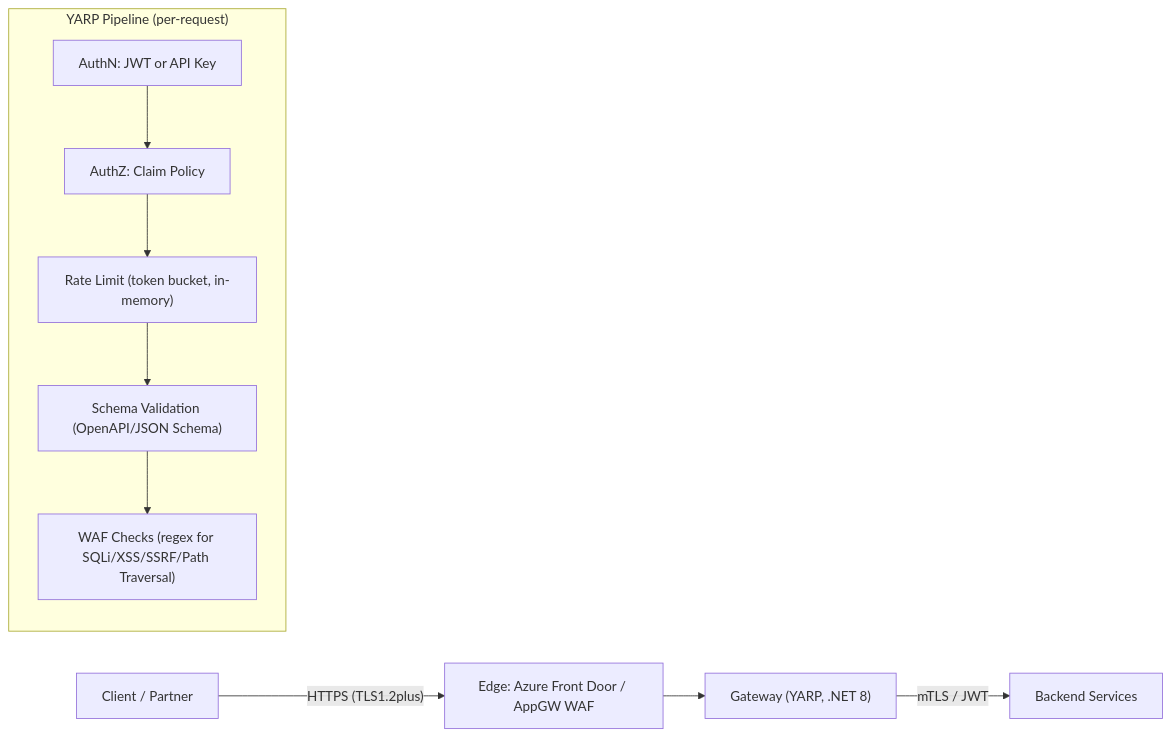
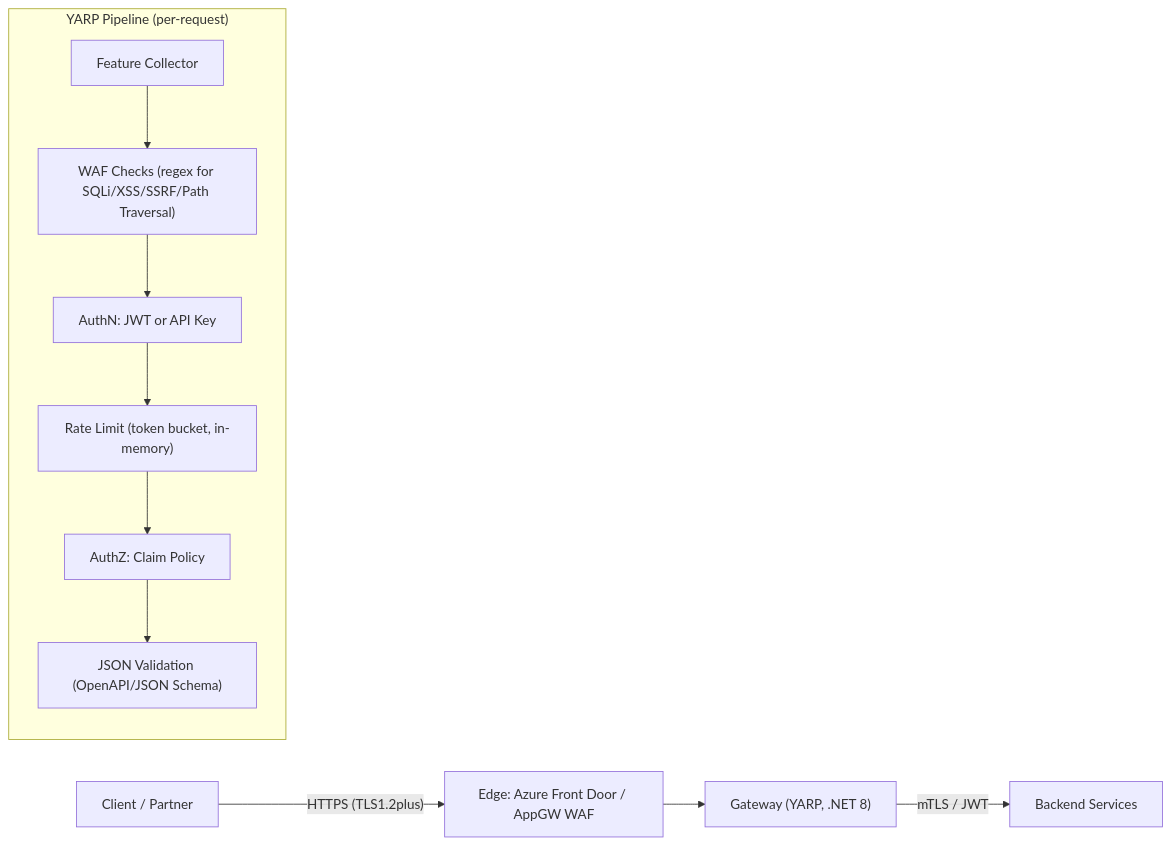
One commit to MatteoRigoni/aegisapi changed the first of 4 diagrams in docs/arch-overview.md. Above: the diagram before and after it, drawn with Mermaid. The commit also changed other lines of this file, not shown here.

Commit message:
docs: update pipeline order

````diff
--- a/docs/arch-overview.md
+++ b/docs/arch-overview.md
@@ -7,12 +7,13 @@
 ```mermaid
 flowchart LR
     Client["Client / Partner"] -->|"HTTPS (TLS1.2plus)"| E["Edge: Azure Front Door / AppGW WAF"]
     E --> G["Gateway (YARP, .NET 8)"]
     subgraph "YARP Pipeline (per-request)"
-      A1["AuthN: JWT or API Key"] --> A2["AuthZ: Claim Policy"]
-      A2 --> A3["Rate Limit (token bucket, in-memory)"]
-      A3 --> A4["Schema Validation (OpenAPI/JSON Schema)"]
-      A4 --> A5["WAF Checks (regex for SQLi/XSS/SSRF/Path Traversal)"]
+      FC["Feature Collector"] --> W["WAF Checks (regex for SQLi/XSS/SSRF/Path Traversal)"]
+      W --> A1["AuthN: JWT or API Key"]
+      A1 --> RL["Rate Limit (token bucket, in-memory)"]
+      RL --> A2["AuthZ: Claim Policy"]
+      A2 --> JV["JSON Validation (OpenAPI/JSON Schema)"]
     end
     G -->|"mTLS / JWT"| Svc["Backend Services"]
 ```
````
